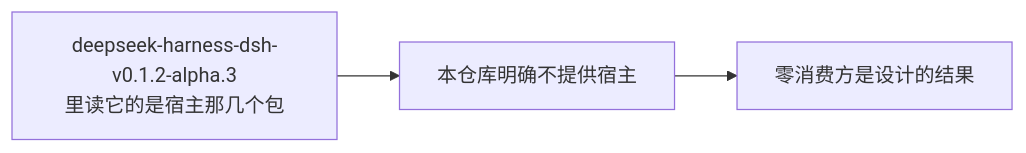
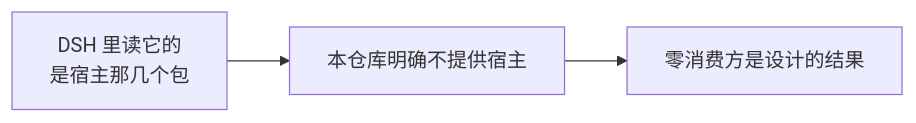
Diagram 44 of 46 in docs/modules/agentdefaultmodel.md (snight1983/ds-harness-go), drawn with Mermaid before and after one commit. The commit also changed other lines of this file and 43 other files, not shown here.

Commit message:
docs: 图解架构与模块设计

````diff
--- a/docs/modules/agentdefaultmodel.md
+++ b/docs/modules/agentdefaultmodel.md
@@ -182,5 +451,5 @@
 ```mermaid
 flowchart LR
-    A["deepseek-harness-dsh-v0.1.2-alpha.3<br/>里读它的是宿主那几个包"] --> B["本仓库明确不提供宿主"]
+    A["DSH 里读它的<br/>是宿主那几个包"] --> B["本仓库明确不提供宿主"]
     B --> C["零消费方是设计的结果"]
 ```
````
